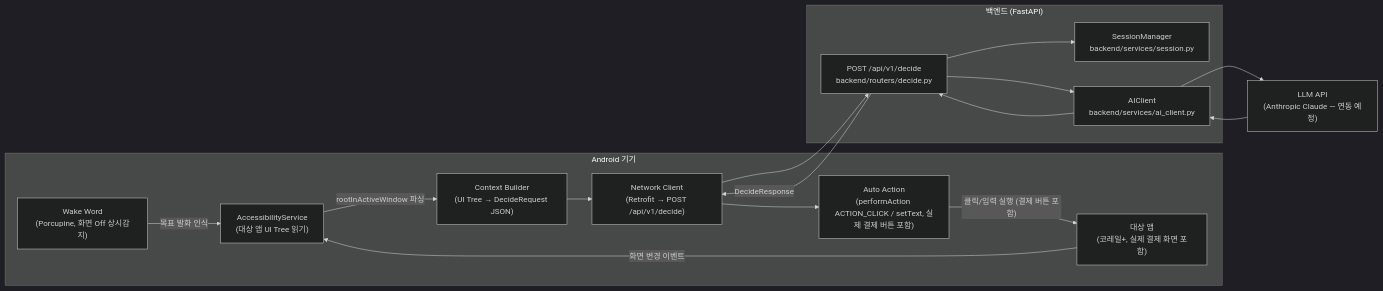
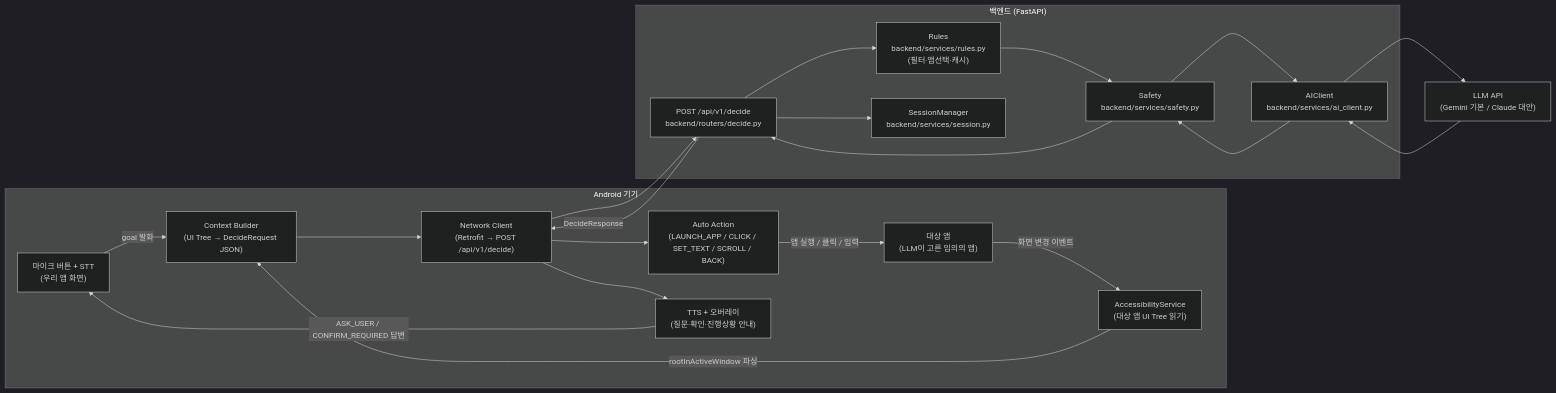
The first of 3 diagrams in docs/ARCHITECTURE.md (jhHa0320/2026-unithon), drawn with Mermaid (dark theme) before and after one commit. The commit also changed other lines of this file and 30 other files, not shown here.

````diff
--- a/docs/ARCHITECTURE.md
+++ b/docs/ARCHITECTURE.md
@@ -13,33 +23,41 @@
 ```mermaid
 flowchart LR
     subgraph Device["Android 기기"]
-        WW["Wake Word\n(Porcupine, 화면 Off 상시감지)"]
+        MIC["마이크 버튼 + STT\n(우리 앱 화면)"]
         AS["AccessibilityService\n(대상 앱 UI Tree 읽기)"]
         CB["Context Builder\n(UI Tree → DecideRequest JSON)"]
         NET["Network Client\n(Retrofit → POST /api/v1/decide)"]
-        ACT["Auto Action\n(performAction ACTION_CLICK / setText, 실제 결제 버튼 포함)"]
-        TARGET["대상 앱\n(코레일+, 실제 결제 화면 포함)"]
+        ACT["Auto Action\n(LAUNCH_APP / CLICK / SET_TEXT / SCROLL / BACK)"]
+        TTS["TTS + 오버레이\n(질문·확인·진행상황 안내)"]
+        TARGET["대상 앱\n(LLM이 고른 임의의 앱)"]
     end
 
     subgraph Backend["백엔드 (FastAPI)"]
         API["POST /api/v1/decide\nbackend/routers/decide.py"]
+        RULE["Rules\nbackend/services/rules.py\n(필터·앱선택·캐시)"]
+        SAFE["Safety\nbackend/services/safety.py"]
         SESS["SessionManager\nbackend/services/session.py"]
         AI["AIClient\nbackend/services/ai_client.py"]
     end
 
-    LLM["LLM API\n(Anthropic Claude — 연동 예정)"]
+    LLM["LLM API\n(Gemini 기본 / Claude 대안)"]
 
-    WW -->|"목표 발화 인식"| AS
+    MIC -->|"goal 발화"| CB
     AS -->|"rootInActiveWindow 파싱"| CB
     CB --> NET
     NET --> API
     API --> SESS
-    API --> AI
+    API --> RULE
+    RULE --> SAFE
+    SAFE --> AI
     AI --> LLM
     LLM --> AI
-    AI --> API
+    AI --> SAFE
+    SAFE --> API
     API -->|"DecideResponse"| NET
     NET --> ACT
-    ACT -->|"클릭/입력 실행 (결제 버튼 포함)"| TARGET
+    NET --> TTS
+    ACT -->|"앱 실행 / 클릭 / 입력"| TARGET
     TARGET -->|"화면 변경 이벤트"| AS
+    TTS -->|"ASK_USER / CONFIRM_REQUIRED 답변"| MIC
 ```
````
